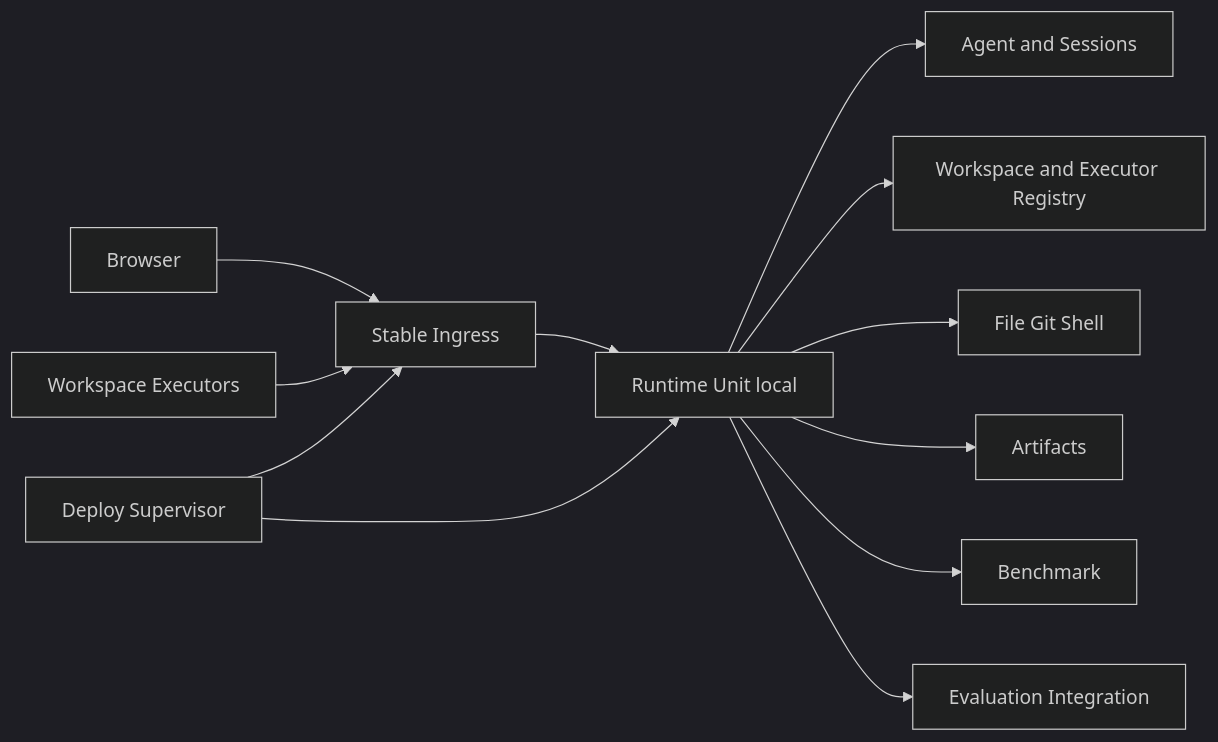
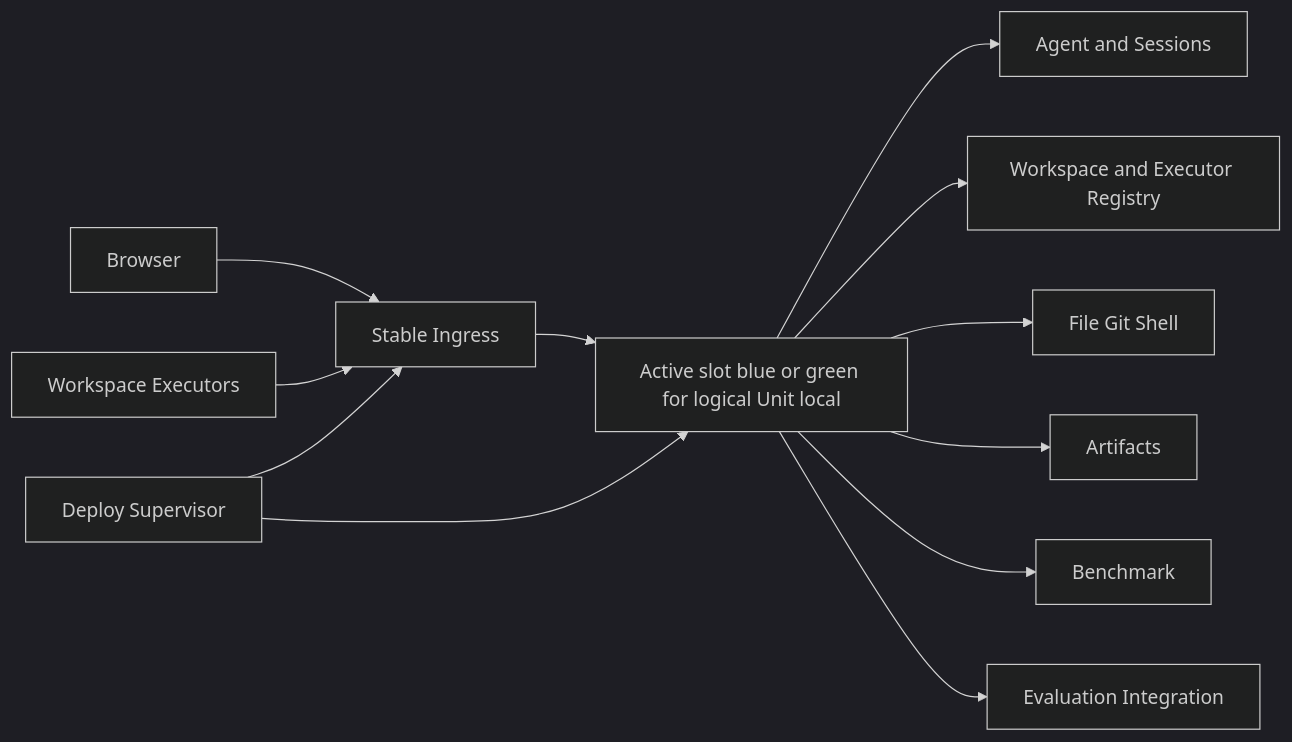
One commit to xingsy97/kala changed the second of 3 diagrams in docs/architecture/standalone-runtime-unit-refactor.md. Above: the diagram before and after it, drawn with Mermaid (dark theme). The commit also changed other lines of this file and 1 other file, not shown here.

Commit message:
docs(runtime): define blue-green Standalone cutover

````diff
--- a/docs/architecture/standalone-runtime-unit-refactor.md
+++ b/docs/architecture/standalone-runtime-unit-refactor.md
@@ -63,15 +63,15 @@
 ```mermaid
 flowchart LR
     B[Browser] --> I[Stable Ingress]
     E[Workspace Executors] --> I
-    I --> U[Runtime Unit local]
+    I --> U[Active slot blue or green for logical Unit local]
     D[Deploy Supervisor] --> I
     D --> U
 
     U --> A[Agent and Sessions]
     U --> W[Workspace and Executor Registry]
     U --> T[File Git Shell]
     U --> R[Artifacts]
     U --> M[Benchmark]
     U --> V[Evaluation Integration]
 ```
````
